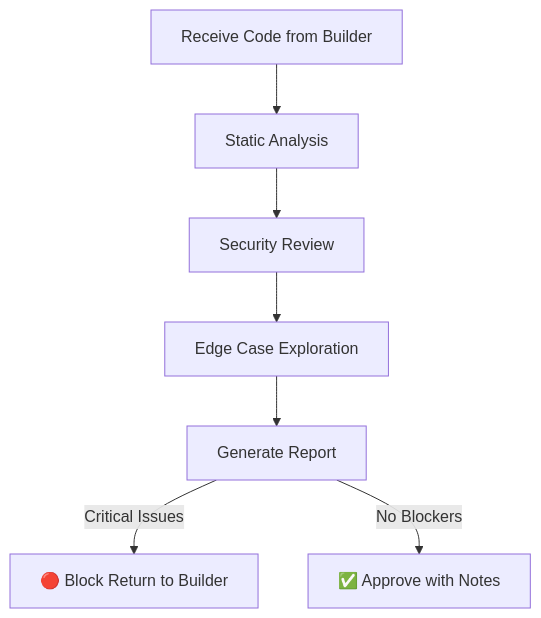
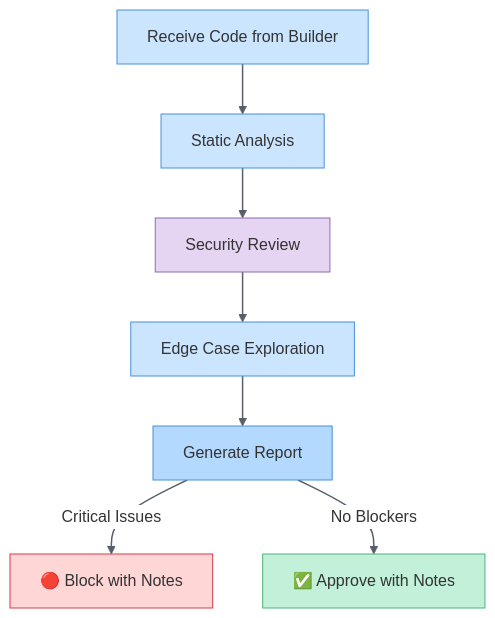
Before and after one commit to fabioc-aloha/Alex_Plug_In: the diagram in platforms/vscode-extension/.github/agents/alex-validator.agent.md, drawn with Mermaid. The commit also changed 1 other file, not shown here.

Commit message:
style: add Fishbowl Pastel palette to Validator workflow diagram
- Apply theme initialization with pastel color scheme
- Security review in lavender, Block in red tint, Approve in green tint
- Standard process nodes in light blue
- Consistent with markdown-mermaid skill guidelines
- Updated both Master and VS Code heir versions

````diff
--- a/platforms/vscode-extension/.github/agents/alex-validator.agent.md
+++ b/platforms/vscode-extension/.github/agents/alex-validator.agent.md
@@ -107,9 +107,20 @@
 ```mermaid
+%%{init: {'theme': 'base', 'themeVariables': { 'primaryColor': '#cce5ff', 'primaryTextColor': '#333', 'lineColor': '#666', 'edgeLabelBackground': '#fff'}}}%%
 flowchart TD
     RECEIVE["Receive Code  from Builder"] --> SCAN["Static  Analysis"]
     SCAN --> SECURITY["Security  Review"]
     SECURITY --> EDGE["Edge Case  Exploration"]
     EDGE --> REPORT["Generate  Report"]
-    REPORT -->|Critical Issues| BLOCK["🔴 Block  Return to Builder"]
+    REPORT -->|Critical Issues| BLOCK["🔴 Block  with Notes"]
     REPORT -->|No Blockers| APPROVE["✅ Approve  with Notes"]
+    
+    style RECEIVE fill:#cce5ff,stroke:#4a90d9,color:#333
+    style SCAN fill:#cce5ff,stroke:#4a90d9,color:#333
+    style SECURITY fill:#e6d5f2,stroke:#8b6eb3,color:#333
+    style EDGE fill:#cce5ff,stroke:#4a90d9,color:#333
+    style REPORT fill:#b3d9ff,stroke:#4a90d9,color:#333
+    style BLOCK fill:#ffd6d6,stroke:#d73a49,color:#333
+    style APPROVE fill:#c2f0d8,stroke:#4db37d,color:#333
+    
+    linkStyle default stroke:#57606a,stroke-width:1.5px
 ```
````
